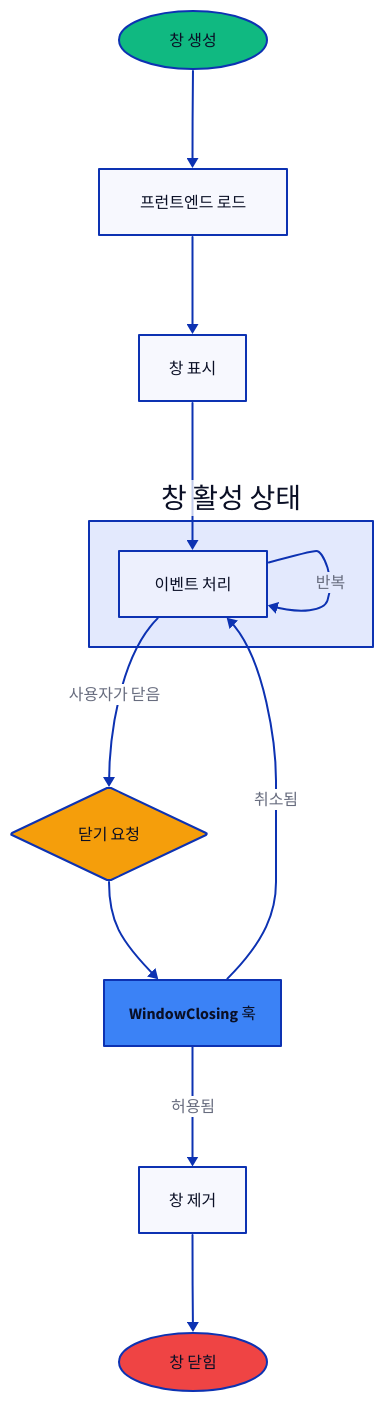
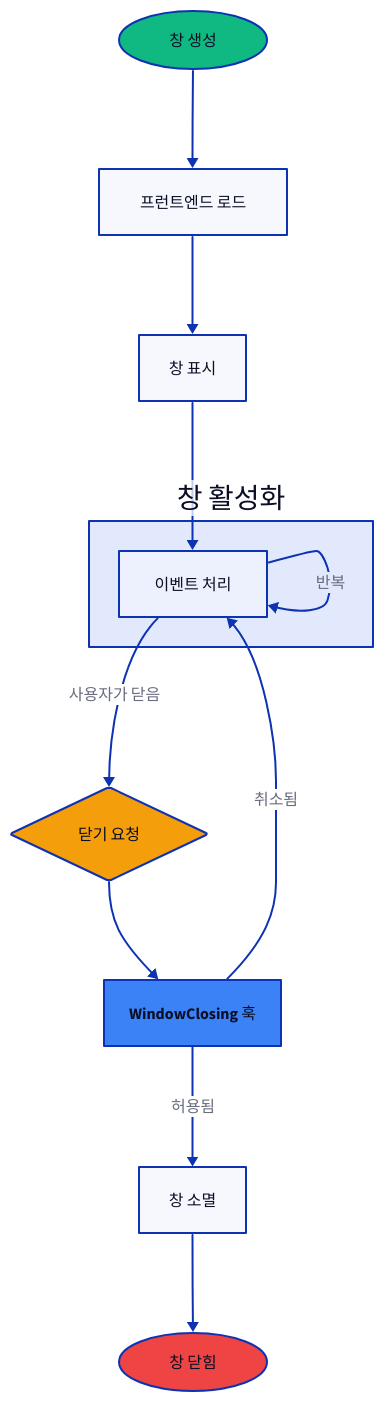
Before and after one commit to wailsapp/wails: the second of 2 diagrams in docs/mpress/content/ko/concepts/lifecycle.md, drawn with D2. The commit also changed other lines of this file and 1096 other files, not shown here.

````diff
--- a/docs/mpress/content/ko/concepts/lifecycle.md
+++ b/docs/mpress/content/ko/concepts/lifecycle.md
@@ -451,51 +451,51 @@
 ```d2
 direction: down
 
 Create: 창 생성 {
   shape: oval
   style.fill: "#10B981"
 }
 
 Load: 프런트엔드 로드 {
   shape: rectangle
 }
 
 Show: 창 표시 {
   shape: rectangle
 }
 
-Active: 창 활성 상태 {
+Active: 창 활성화 {
   Events: 이벤트 처리 {
     shape: rectangle
   }
 }
 
 CloseRequest: 닫기 요청 {
   shape: diamond
   style.fill: "#F59E0B"
 }
 
 Hook: WindowClosing 훅 {
   shape: rectangle
   style.fill: "#3B82F6"
 }
 
-Destroy: 창 제거 {
+Destroy: 창 소멸 {
   shape: rectangle
 }
 
 End: 창 닫힘 {
   shape: oval
   style.fill: "#EF4444"
 }
 
 Create -> Load
 Load -> Show
 Show -> Active.Events
 Active.Events -> Active.Events: 반복
 Active.Events -> CloseRequest: 사용자가 닫음
 CloseRequest -> Hook
 Hook -> Active.Events: 취소됨
 Hook -> Destroy: 허용됨
 Destroy -> End
 ```
````
